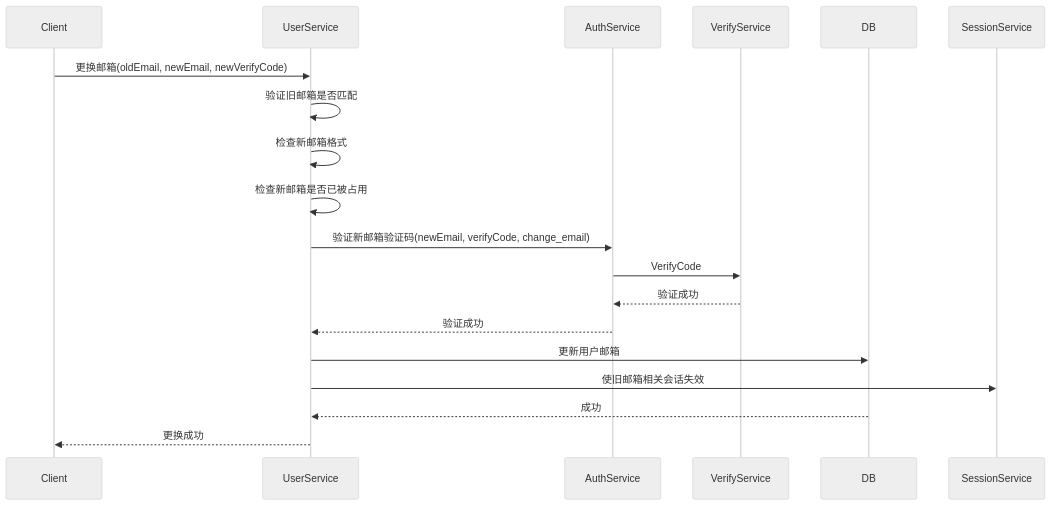
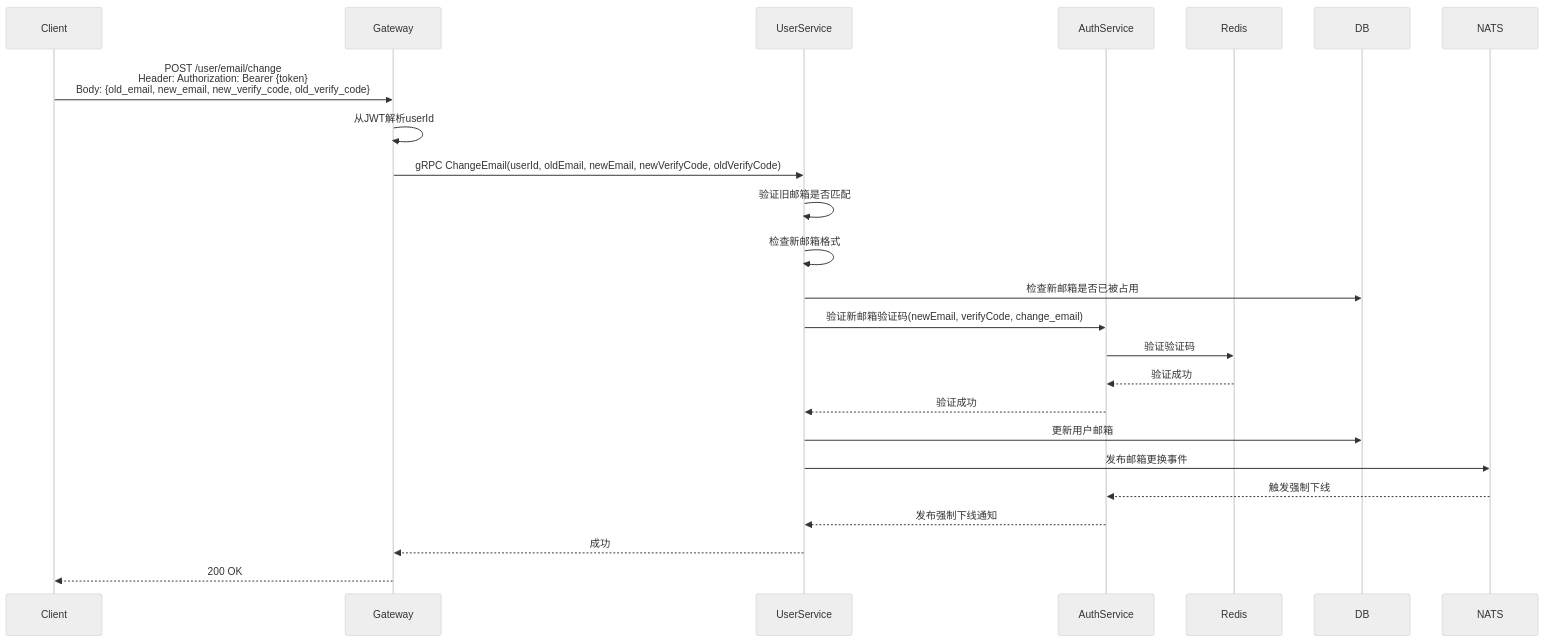
Before and after one commit to yzhgit/anychat-server: the diagram in docs/design/auth/change-email.md, drawn with Mermaid (neutral theme). The commit also changed 30 other files, not shown here.

First line of the commit message:
docs: 更新设计文档时序图，添加Gateway和NATS参与者

````diff
--- a/docs/design/auth/change-email.md
+++ b/docs/design/auth/change-email.md
@@ -15,21 +15,27 @@
 ```mermaid
 sequenceDiagram
     participant Client
+    participant Gateway
     participant UserService
     participant AuthService
-    participant VerifyService
+    participant Redis
     participant DB
+    participant NATS
 
-    Client->>UserService: 更换邮箱(oldEmail, newEmail, newVerifyCode)
+    Client->>Gateway: POST /user/email/change<br/>Header: Authorization: Bearer {token}<br/>Body: {old_email, new_email, new_verify_code, old_verify_code}
+    Gateway->>Gateway: 从JWT解析userId
+    Gateway->>UserService: gRPC ChangeEmail(userId, oldEmail, newEmail, newVerifyCode, oldVerifyCode)
     UserService->>UserService: 验证旧邮箱是否匹配
     UserService->>UserService: 检查新邮箱格式
-    UserService->>UserService: 检查新邮箱是否已被占用
+    UserService->>DB: 检查新邮箱是否已被占用
     UserService->>AuthService: 验证新邮箱验证码(newEmail, verifyCode, change_email)
-    AuthService->>VerifyService: VerifyCode
-    VerifyService-->>AuthService: 验证成功
+    AuthService->>Redis: 验证验证码
+    Redis-->>AuthService: 验证成功
     AuthService-->>UserService: 验证成功
     UserService->>DB: 更新用户邮箱
-    UserService->>SessionService: 使旧邮箱相关会话失效
-    DB-->>UserService: 成功
-    UserService-->>Client: 更换成功
+    UserService->>NATS: 发布邮箱更换事件
+    NATS-->>AuthService: 触发强制下线
+    AuthService-->>UserService: 发布强制下线通知
+    UserService-->>Gateway: 成功
+    Gateway-->>Client: 200 OK
 ```
````
